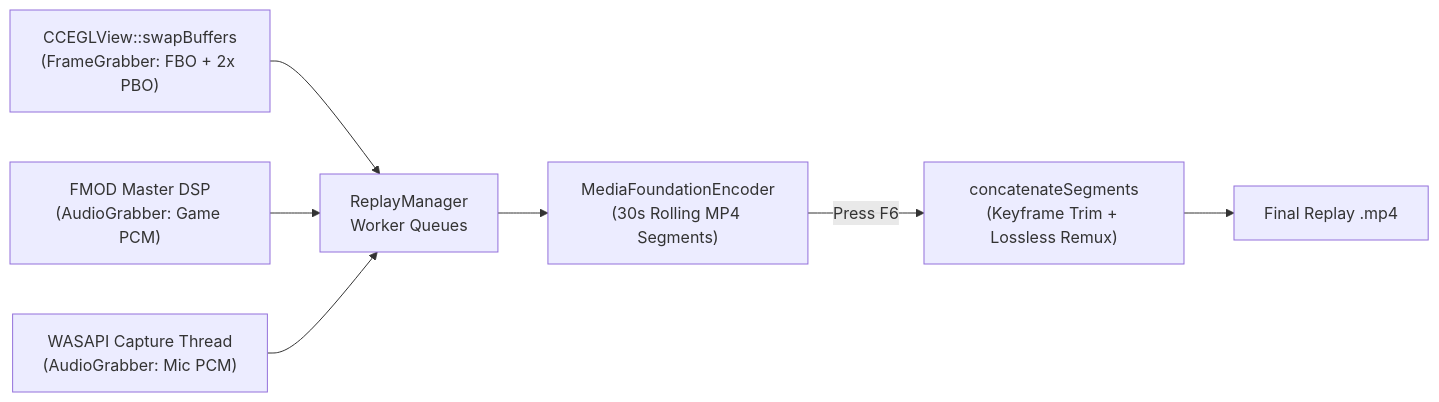
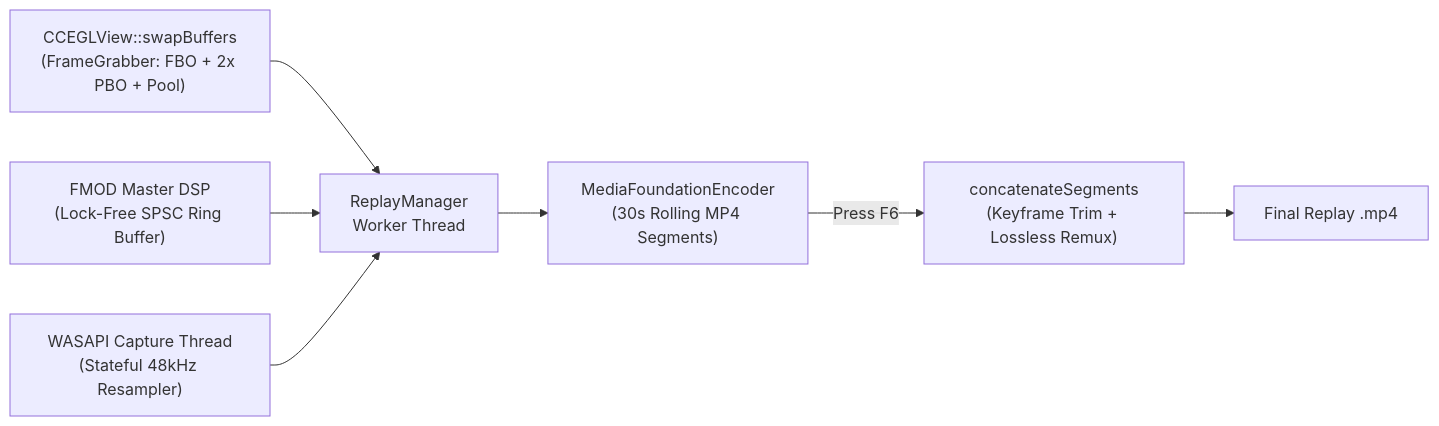
The diagram in README.md (ItsZeMo/instant-replay-geode), drawn with Mermaid before and after one commit. The commit also changed other lines of this file and 21 other files, not shown here.

Commit message:
Fix settings clamping, UTF-8 paths, lock-free FMOD audio, frame/buffer pools, async segment rotation, and code hygiene

````diff
--- a/README.md
+++ b/README.md
@@ -30,9 +29,9 @@
 ```mermaid
 flowchart LR
-    GL["CCEGLView::swapBuffers<br/>(FrameGrabber: FBO + 2x PBO)"] --> Q["ReplayManager<br/>Worker Queues"]
-    FMOD["FMOD Master DSP<br/>(AudioGrabber: Game PCM)"] --> Q
-    WASAPI["WASAPI Capture Thread<br/>(AudioGrabber: Mic PCM)"] --> Q
+    GL["CCEGLView::swapBuffers<br/>(FrameGrabber: FBO + 2x PBO + Pool)"] --> Q["ReplayManager<br/>Worker Thread"]
+    FMOD["FMOD Master DSP<br/>(Lock-Free SPSC Ring Buffer)"] --> Q
+    WASAPI["WASAPI Capture Thread<br/>(Stateful 48kHz Resampler)"] --> Q
     Q --> ENC["MediaFoundationEncoder<br/>(30s Rolling MP4 Segments)"]
     ENC -->|Press F6| REMUX["concatenateSegments<br/>(Keyframe Trim + Lossless Remux)"]
     REMUX --> MP4["Final Replay .mp4"]
 ```
````
